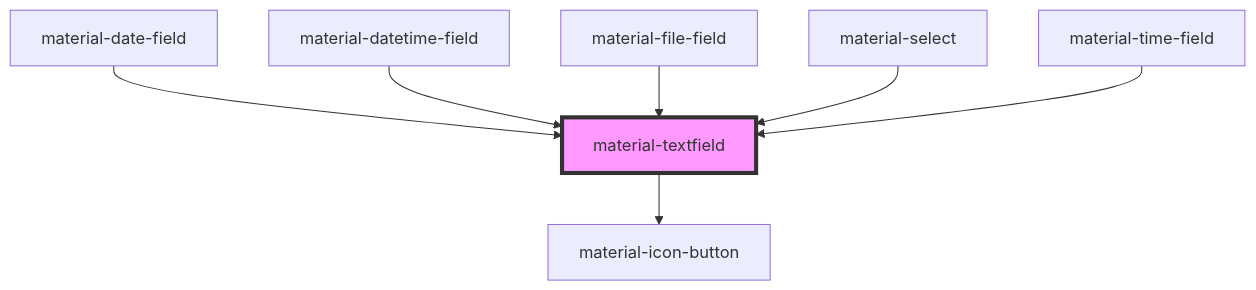
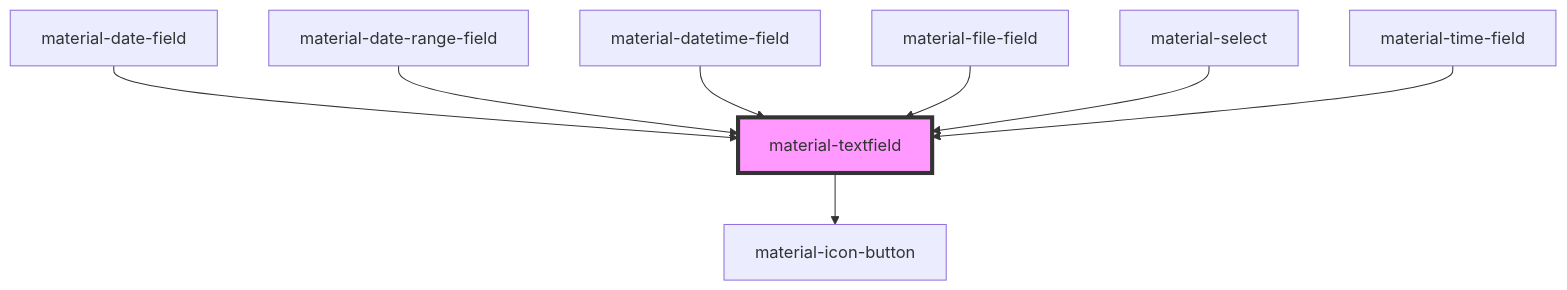
One commit to RobustaRush/material changed the diagram in src/components/material-textfield/readme.md. Above: the diagram before and after it, drawn with Mermaid. The commit also changed other lines of this file and 11 other files, not shown here.

First line of the commit message:
feat(calendar,date-range-field): range selection + date range picker field

````diff
--- a/src/components/material-textfield/readme.md
+++ b/src/components/material-textfield/readme.md
@@ -58,10 +59,11 @@
 ```mermaid
 graph TD;
   material-textfield --> material-icon-button
   material-date-field --> material-textfield
+  material-date-range-field --> material-textfield
   material-datetime-field --> material-textfield
   material-file-field --> material-textfield
   material-select --> material-textfield
   material-time-field --> material-textfield
   style material-textfield fill:#f9f,stroke:#333,stroke-width:4px
 ```
````
